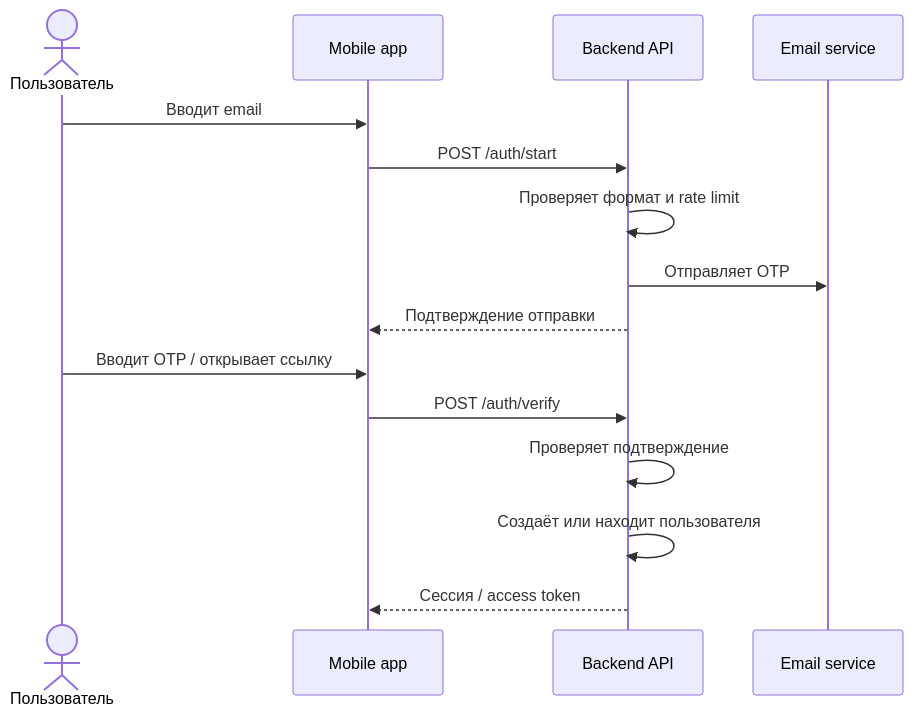
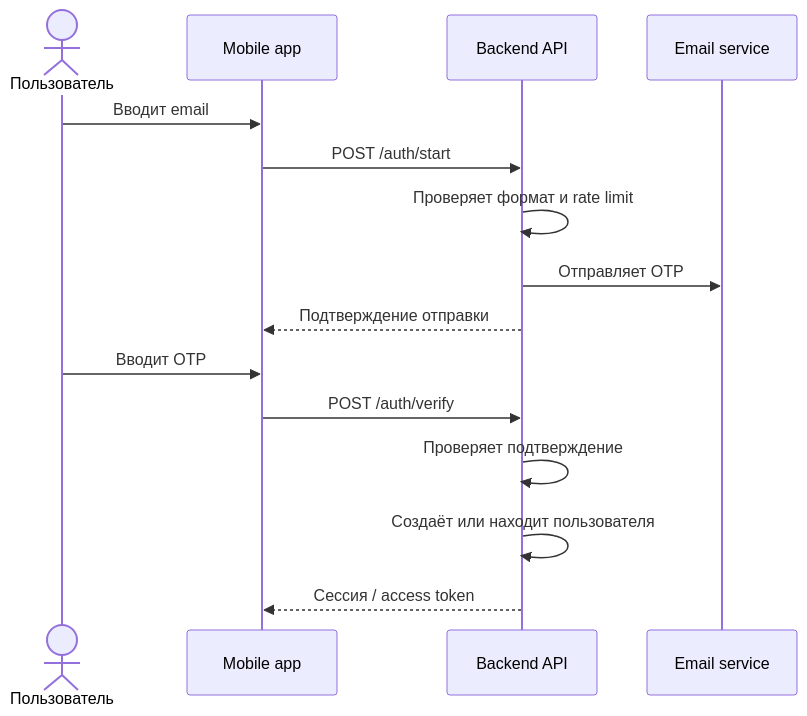
One commit to AhmedTanryverdi/blowgun-vpn-requirements changed the second of 3 diagrams in docs/09-diagrams.md. Above: the diagram before and after it, drawn with Mermaid.

Commit message:
docs: add giagrams

````diff
--- a/docs/09-diagrams.md
+++ b/docs/09-diagrams.md
@@ -21,17 +21,17 @@
 ```mermaid
 sequenceDiagram
     actor User as Пользователь
     participant App as Mobile app
     participant API as Backend API
     participant Mail as Email service
     User->>App: Вводит email
     App->>API: POST /auth/start
     API->>API: Проверяет формат и rate limit
     API->>Mail: Отправляет OTP
     API-->>App: Подтверждение отправки
-    User->>App: Вводит OTP / открывает ссылку
+    User->>App: Вводит OTP
     App->>API: POST /auth/verify
     API->>API: Проверяет подтверждение
     API->>API: Создаёт или находит пользователя
     API-->>App: Сессия / access token
 ```
````
